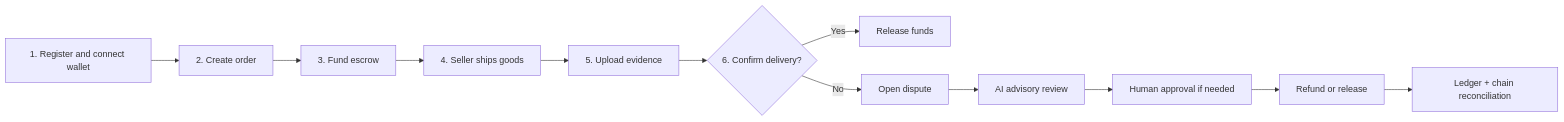
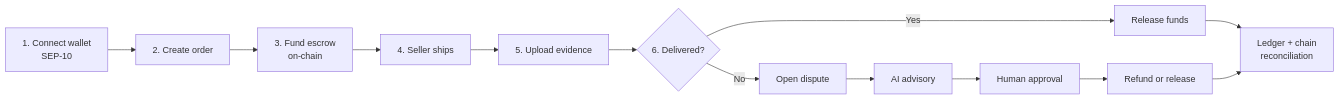
One commit to Soumen1080/StellarTrust changed the third of 4 diagrams in README.md. Above: the diagram before and after it, drawn with Mermaid. The commit also changed other lines of this file and 4 other files, not shown here.

````diff
--- a/README.md
+++ b/README.md
@@ -155,14 +362,15 @@
 ```mermaid
 flowchart LR
-	U[1. Register and connect wallet] --> O[2. Create order]
-	O --> F[3. Fund escrow]
-	F --> S[4. Seller ships goods]
-	S --> E[5. Upload evidence]
-	E --> C{6. Confirm delivery?}
-	C -->|Yes| R[Release funds]
-	C -->|No| D[Open dispute]
-	D --> A[AI advisory review]
-	A --> H[Human approval if needed]
-	H --> P[Refund or release]
-	P --> X[Ledger + chain reconciliation]
+    U["1. Connect wallet<br/>SEP-10"] --> O["2. Create order"]
+    O --> F["3. Fund escrow<br/>on-chain"]
+    F --> S["4. Seller ships"]
+    S --> E["5. Upload evidence"]
+    E --> C{"6. Delivered?"}
+    C -->|Yes| R["Release funds"]
+    C -->|No| D["Open dispute"]
+    D --> A["AI advisory"]
+    A --> H["Human approval"]
+    H --> P["Refund or release"]
+    R --> X["Ledger + chain<br/>reconciliation"]
+    P --> X
 ```
````
